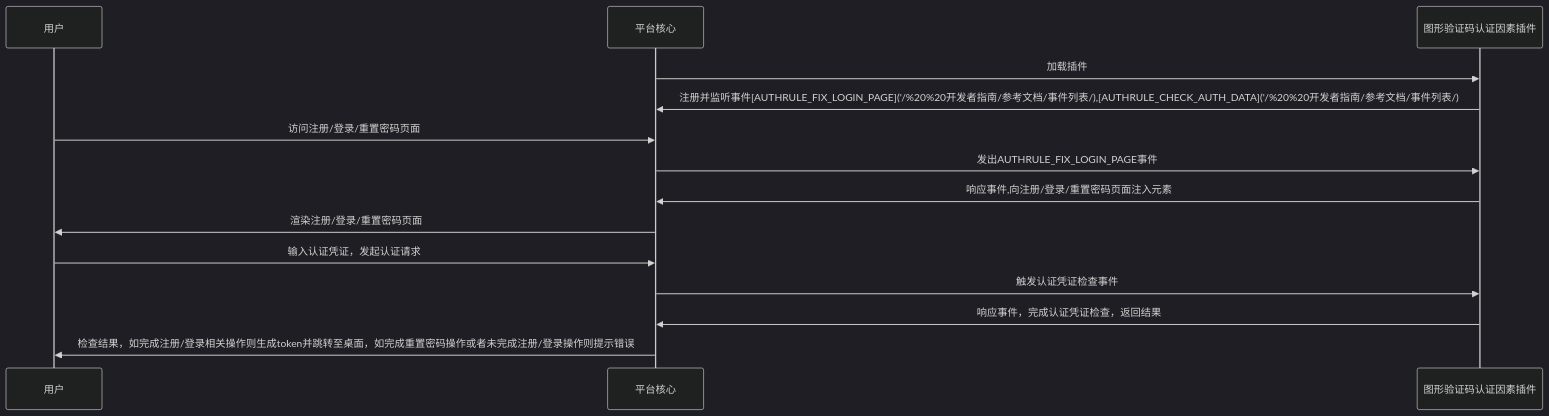
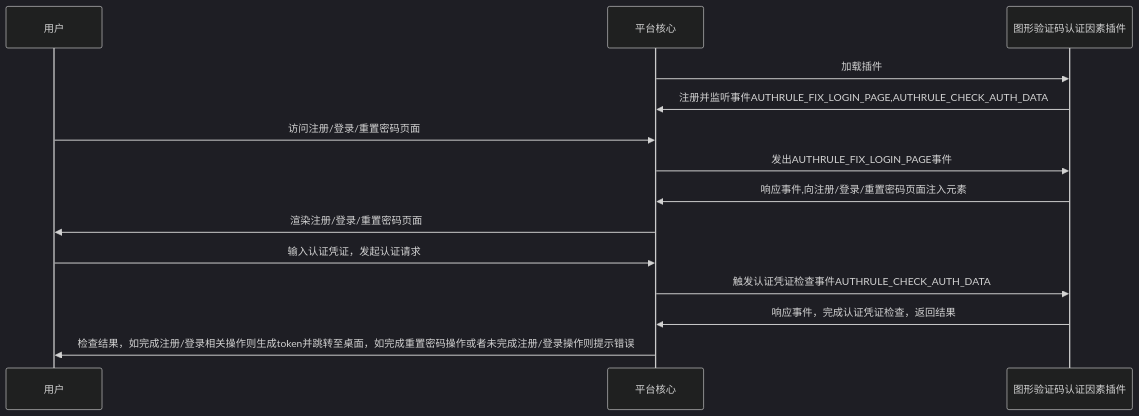
The diagram in extension_root/com_longgui_auth_factor_authcode/index.md (longguikeji/arkid), drawn with Mermaid (dark theme) before and after one commit. The commit also changed 3 other files, not shown here.

````diff
--- a/extension_root/com_longgui_auth_factor_authcode/index.md
+++ b/extension_root/com_longgui_auth_factor_authcode/index.md
@@ -17,18 +17,18 @@
 ```mermaid
 sequenceDiagram
     participant D as 用户
     participant C as 平台核心
     participant A as 图形验证码认证因素插件
     
     C->>A: 加载插件
-    A->>C: 注册并监听事件[AUTHRULE_FIX_LOGIN_PAGE]('/%20%20开发者指南/参考文档/事件列表/),[AUTHRULE_CHECK_AUTH_DATA]('/%20%20开发者指南/参考文档/事件列表/)
+    A->>C: 注册并监听事件AUTHRULE_FIX_LOGIN_PAGE,AUTHRULE_CHECK_AUTH_DATA
     D->>C: 访问注册/登录/重置密码页面
     C->>A: 发出AUTHRULE_FIX_LOGIN_PAGE事件
     A->>C: 响应事件,向注册/登录/重置密码页面注入元素
     C->>D: 渲染注册/登录/重置密码页面
     D->>C: 输入认证凭证，发起认证请求
-    C->>A: 触发认证凭证检查事件
+    C->>A: 触发认证凭证检查事件AUTHRULE_CHECK_AUTH_DATA
     A->>C: 响应事件，完成认证凭证检查，返回结果
     C->>D: 检查结果，如完成注册/登录相关操作则生成token并跳转至桌面，如完成重置密码操作或者未完成注册/登录操作则提示错误
 
 ```
````
